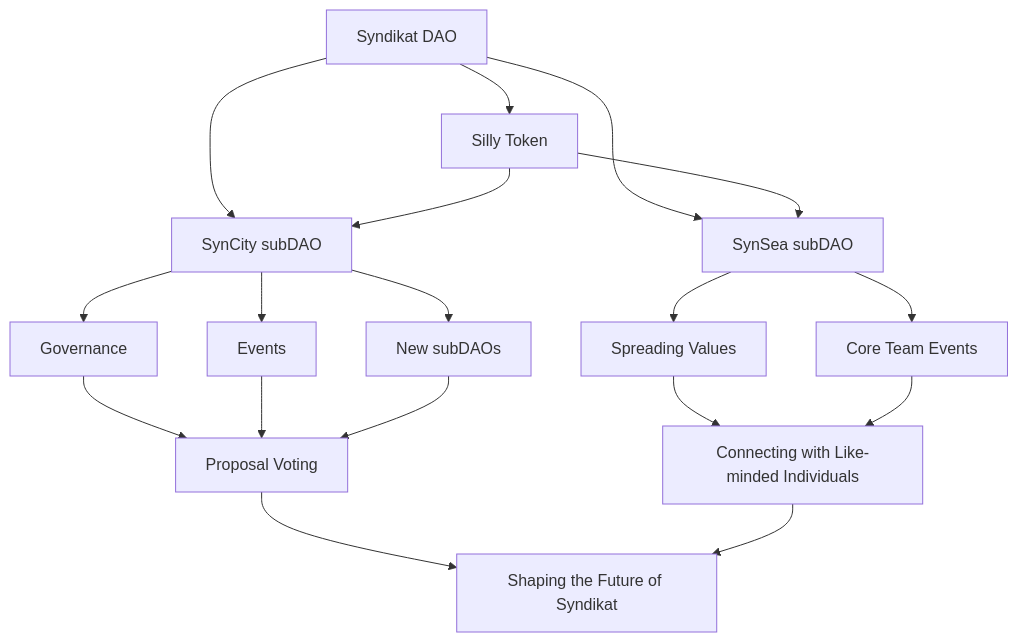
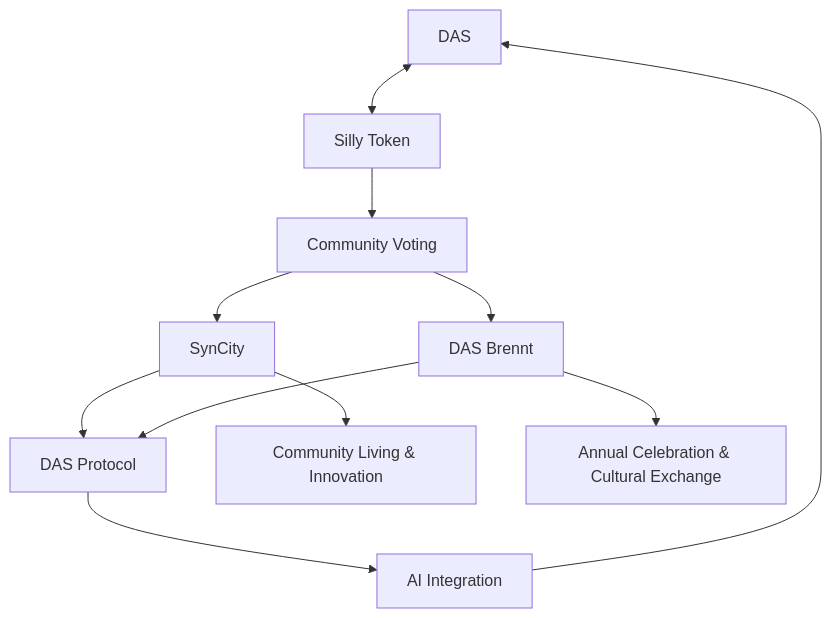
The diagram in pages/index.mdx (syndikat-dao/SynDocs), drawn with Mermaid before and after one commit. The commit also changed other lines of this file and 37 other files, not shown here.

````diff
--- a/pages/index.mdx
+++ b/pages/index.mdx
@@ -49,20 +101,18 @@
 ```mermaid
 graph TD;
-    A[Syndikat DAO] --> B[Silly Token]
-    A --> C[SynCity subDAO]
-    A --> D[SynSea subDAO]
-    B --> C
-    B --> D
-    C --> E[Governance]
-    C --> F[Events]
-    C --> G[New subDAOs]
-    D --> H[Spreading Values]
-    D --> I[Core Team Events]
-    E --> J[Proposal Voting]
-    F --> J
-    G --> J
-    H --> K[Connecting with Like-minded Individuals]
-    I --> K
-    J --> L[Shaping the Future of Syndikat]
-    K --> L
+    A[DAS] <--> B[Silly Token]
+    B --> C[Community Voting]
+    
+    C --> D[SynCity]
+    C --> F[DAS Brennt]
+    
+    D --> G[DAS Protocol]
+    F --> G
+    
+    G --> H[AI Integration]
+    H --> A
+    
+    D --> I[Community Living & Innovation]
+    F --> K[Annual Celebration & Cultural Exchange]
+    
 ```
````
